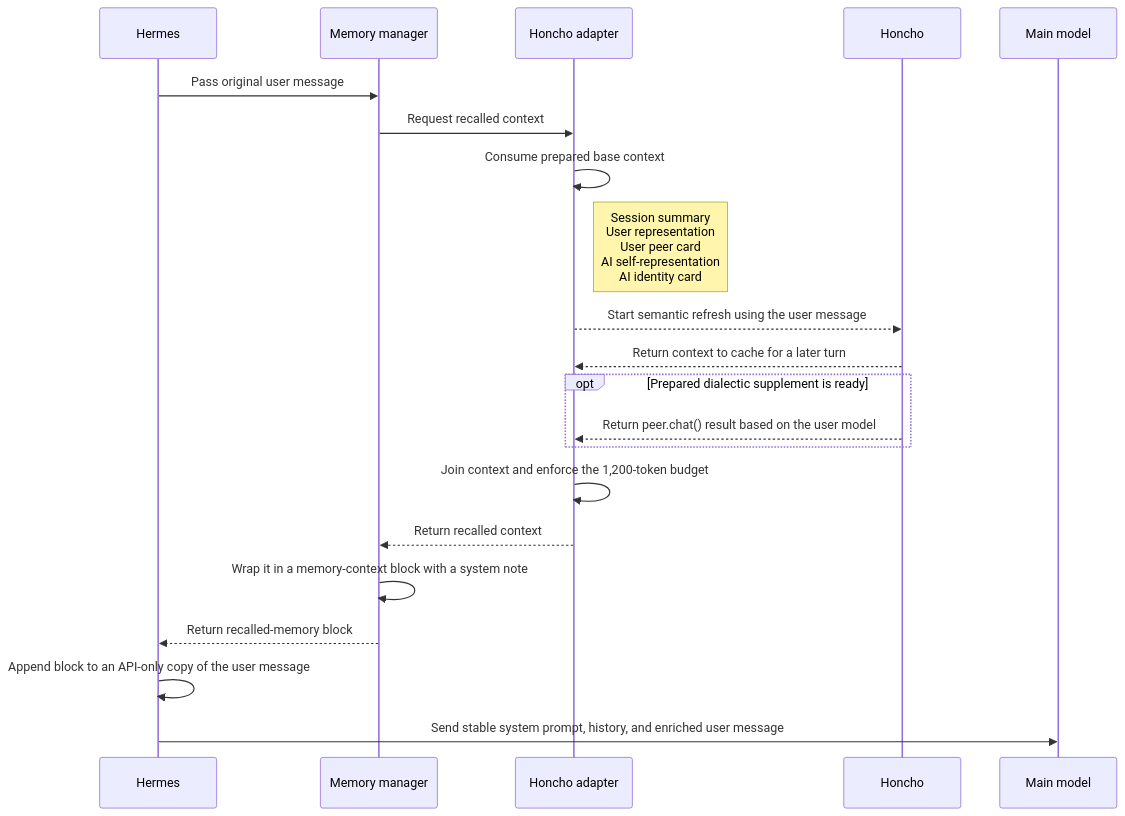
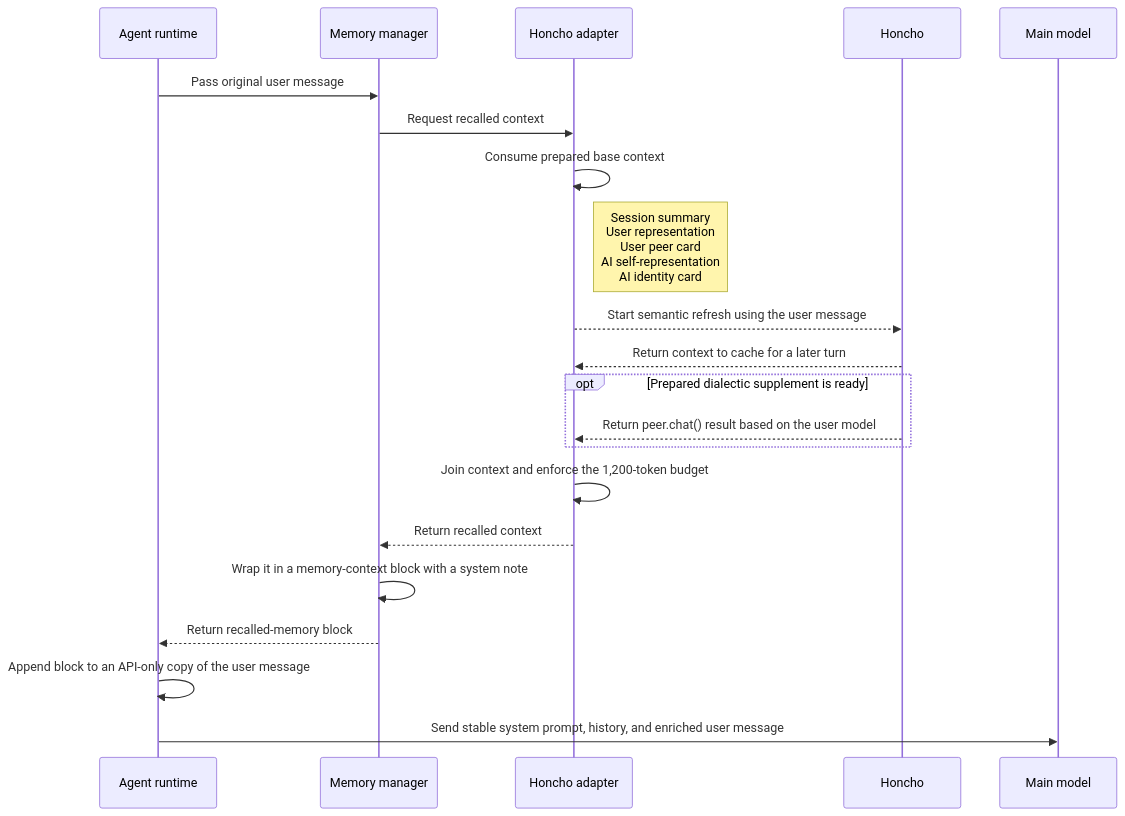
One commit to agrana/alfonsograna changed the third of 3 diagrams in _posts/2026-08-02-how-i-run-honcho-for-hermes-long-term-memory-and-personalities.md. Above: the diagram before and after it, drawn with Mermaid. The commit also changed other lines of this file, not shown here.

Commit message:
docs: generalize Honcho memory architecture

````diff
--- a/_posts/2026-08-02-how-i-run-honcho-for-hermes-long-term-memory-and-personalities.md
+++ b/_posts/2026-08-02-how-i-run-honcho-for-hermes-long-term-memory-and-personalities.md
@@ -108,24 +112,24 @@
 ```mermaid
 sequenceDiagram
-    participant H as Hermes
+    participant R as Agent runtime
     participant M as Memory manager
     participant A as Honcho adapter
     participant O as Honcho
     participant L as Main model
 
-    H->>M: Pass original user message
+    R->>M: Pass original user message
     M->>A: Request recalled context
     A->>A: Consume prepared base context
     Note right of A: Session summary<br/>User representation<br/>User peer card<br/>AI self-representation<br/>AI identity card
     A-->>O: Start semantic refresh using the user message
     O-->>A: Return context to cache for a later turn
     opt Prepared dialectic supplement is ready
         O-->>A: Return peer.chat() result based on the user model
     end
     A->>A: Join context and enforce the 1,200-token budget
     A-->>M: Return recalled context
     M->>M: Wrap it in a memory-context block with a system note
-    M-->>H: Return recalled-memory block
-    H->>H: Append block to an API-only copy of the user message
-    H->>L: Send stable system prompt, history, and enriched user message
+    M-->>R: Return recalled-memory block
+    R->>R: Append block to an API-only copy of the user message
+    R->>L: Send stable system prompt, history, and enriched user message
 ```
````
